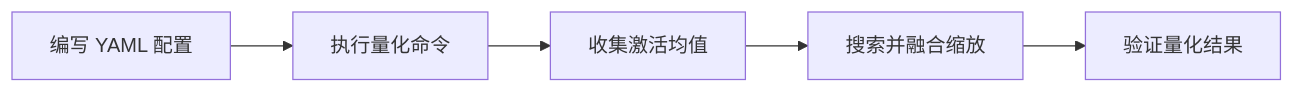
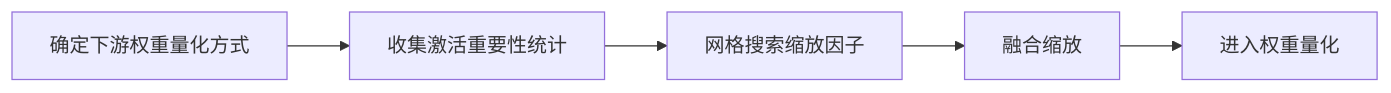
One commit to mindstudio-docs/master changed the diagram in msmodelslim/docs/zh/knowledge_base/quantization_algorithms/awq_smooth/usage_awq_smooth.md. Above: the diagram before and after it, drawn with Mermaid. The commit also changed other lines of this file and 73 other files, not shown here.

````diff
--- a/msmodelslim/docs/zh/knowledge_base/quantization_algorithms/awq_smooth/usage_awq_smooth.md
+++ b/msmodelslim/docs/zh/knowledge_base/quantization_algorithms/awq_smooth/usage_awq_smooth.md
@@ -43,7 +24,7 @@
 ```mermaid
 flowchart LR
-    A[编写 YAML 配置] --> B[执行量化命令]
-    B --> C[收集激活均值]
-    C --> D[搜索并融合缩放]
-    D --> E[验证量化结果]
+    A[确定下游权重量化方式] --> B[收集激活重要性统计]
+    B[收集激活重要性统计] --> C[网格搜索缩放因子]
+    C[网格搜索缩放因子] --> D[融合缩放]
+    D[融合缩放] --> E[进入权重量化]
 ```
````
